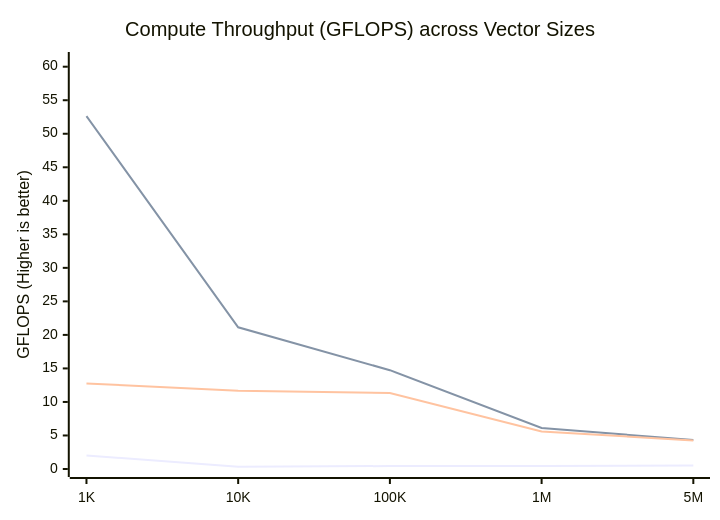
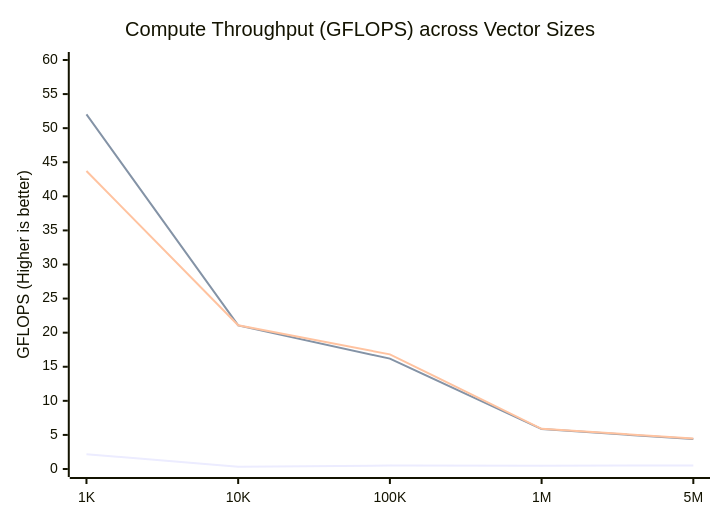
The first of 2 diagrams in README.md (maithreyanprabhu2907-prog/Vector), drawn with Mermaid before and after one commit. The commit also changed other lines of this file and 3 other files, not shown here.

Commit message:
Exploit -Ofast and microarchitectural optimizations to push vector math performance to hardware limits

````diff
--- a/README.md
+++ b/README.md
@@ -114,9 +114,9 @@
 ```mermaid
 xychart-beta
     title "Compute Throughput (GFLOPS) across Vector Sizes"
     x-axis ["1K", "10K", "100K", "1M", "5M"]
-    y-axis "GFLOPS (Higher is better)" 0 --> 61
-    line [2.02, 0.34, 0.44, 0.46, 0.51]
-    line [52.63, 21.13, 14.74, 6.11, 4.33]
-    line [12.77, 11.67, 11.34, 5.60, 4.25]
+    y-axis "GFLOPS (Higher is better)" 0 --> 60
+    line [2.17, 0.34, 0.50, 0.49, 0.51]
+    line [52.03, 21.06, 16.19, 5.86, 4.39]
+    line [43.71, 21.08, 16.82, 5.90, 4.47]
 ```
````
